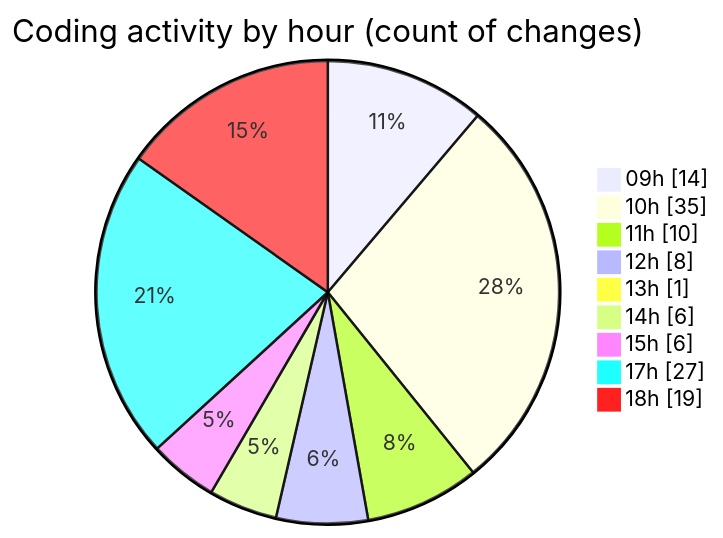
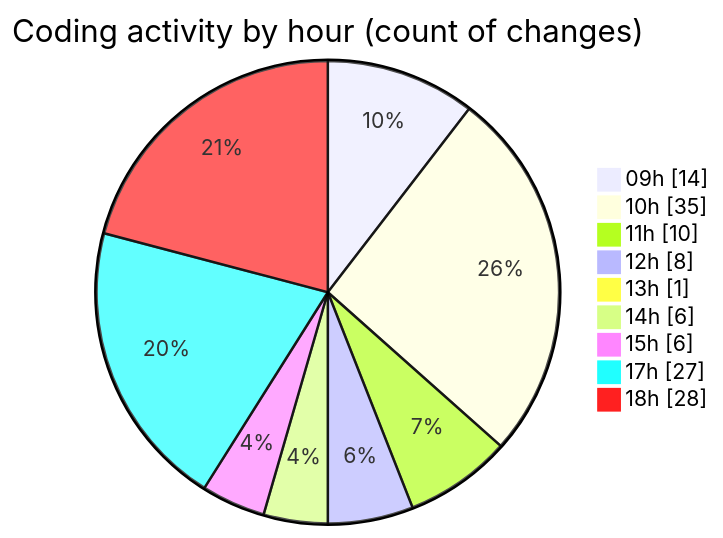
One commit to momahboobian/code-tracking changed the second of 2 diagrams in 2025-11-10/cda/README.md. Above: the diagram before and after it, drawn with Mermaid. The commit also changed other lines of this file and 1 other file, not shown here.

````diff
--- a/2025-11-10/cda/README.md
+++ b/2025-11-10/cda/README.md
@@ -60,13 +61,13 @@
 ```mermaid
 pie showData
 title Coding activity by hour (count of changes)
 "09h" : 14
 "10h" : 35
 "11h" : 10
 "12h" : 8
 "13h" : 1
 "14h" : 6
 "15h" : 6
 "17h" : 27
-"18h" : 19
+"18h" : 28
 ```
````
